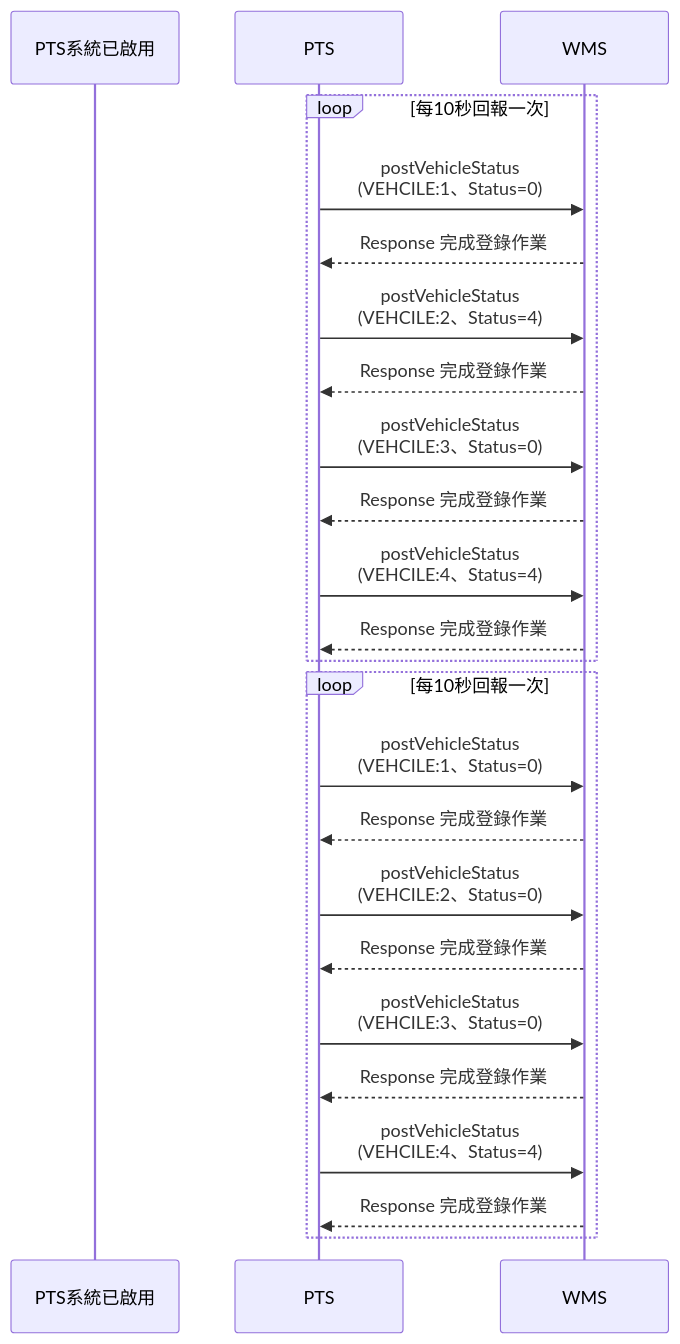
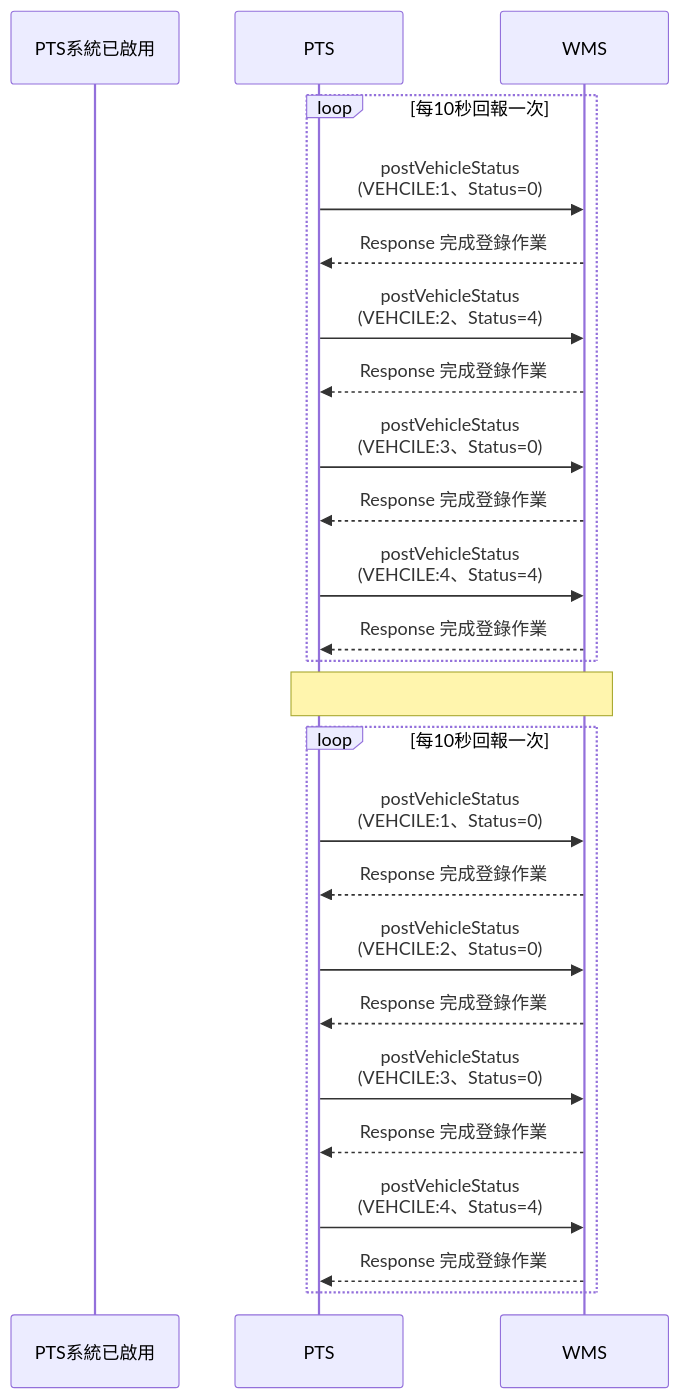
The fifth of 5 diagrams in README.md (athena-tircgo/amr-wms-lsj), drawn with Mermaid before and after one commit.

````diff
--- a/README.md
+++ b/README.md
@@ -307,28 +307,28 @@
 ```mermaid
 sequenceDiagram
     participant PTS系統已啟用
     participant PTS
     participant WMS
 
     loop 每10秒回報一次
         PTS->>WMS: postVehicleStatus<BR> (VEHCILE:1、Status=0)
         WMS-->>PTS: Response 完成登錄作業
         PTS->>WMS: postVehicleStatus<BR> (VEHCILE:2、Status=4)
         WMS-->>PTS: Response 完成登錄作業
         PTS->>WMS: postVehicleStatus<BR> (VEHCILE:3、Status=0)
         WMS-->>PTS: Response 完成登錄作業
         PTS->>WMS: postVehicleStatus<BR> (VEHCILE:4、Status=4)
         WMS-->>PTS: Response 完成登錄作業
     end
-
+    note over PTS,WMS:
     loop 每10秒回報一次
         PTS->>WMS: postVehicleStatus<BR> (VEHCILE:1、Status=0)
         WMS-->>PTS: Response 完成登錄作業
         PTS->>WMS: postVehicleStatus<BR> (VEHCILE:2、Status=0)
         WMS-->>PTS: Response 完成登錄作業
         PTS->>WMS: postVehicleStatus<BR> (VEHCILE:3、Status=0)
         WMS-->>PTS: Response 完成登錄作業
         PTS->>WMS: postVehicleStatus<BR> (VEHCILE:4、Status=4)
         WMS-->>PTS: Response 完成登錄作業
     end
 ```
````
